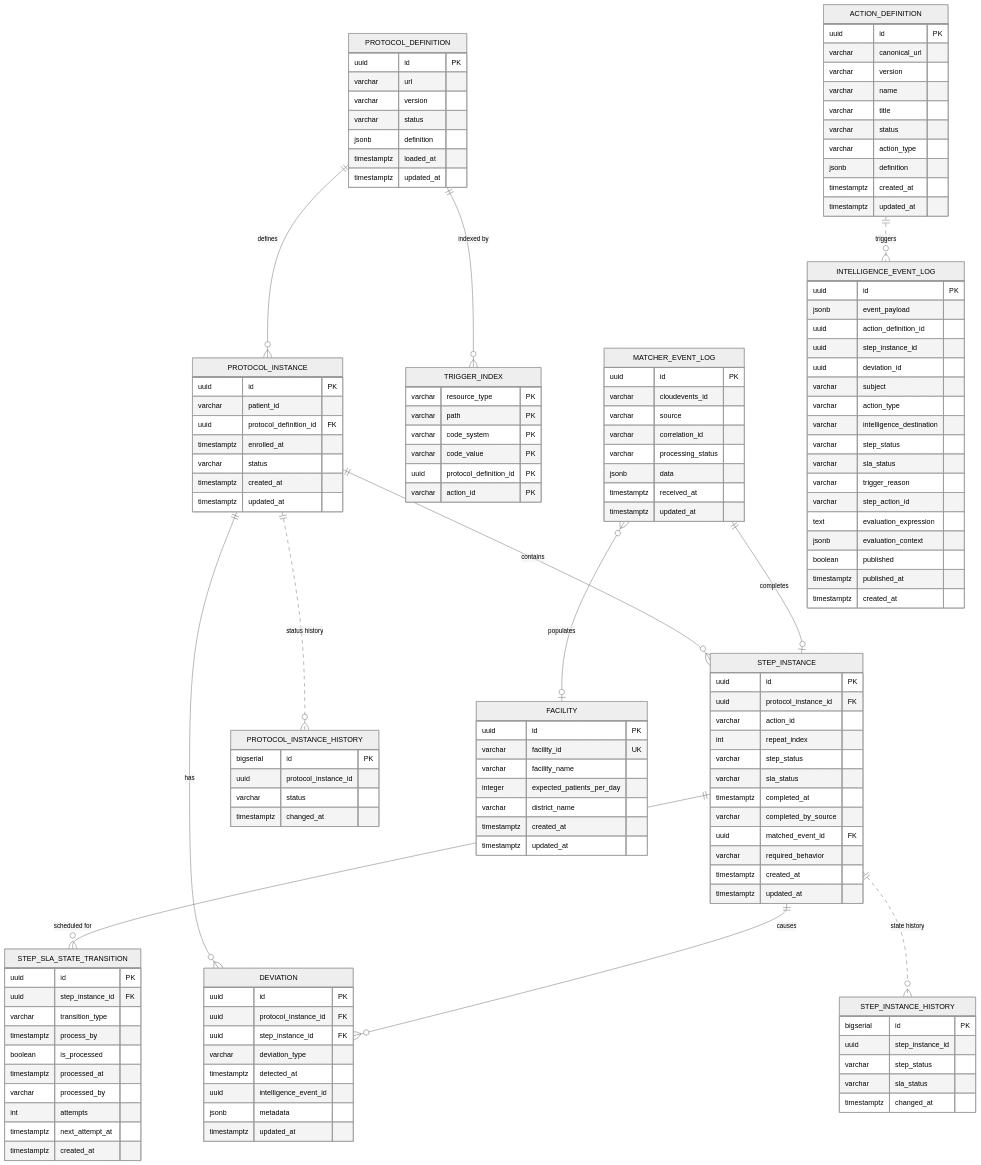
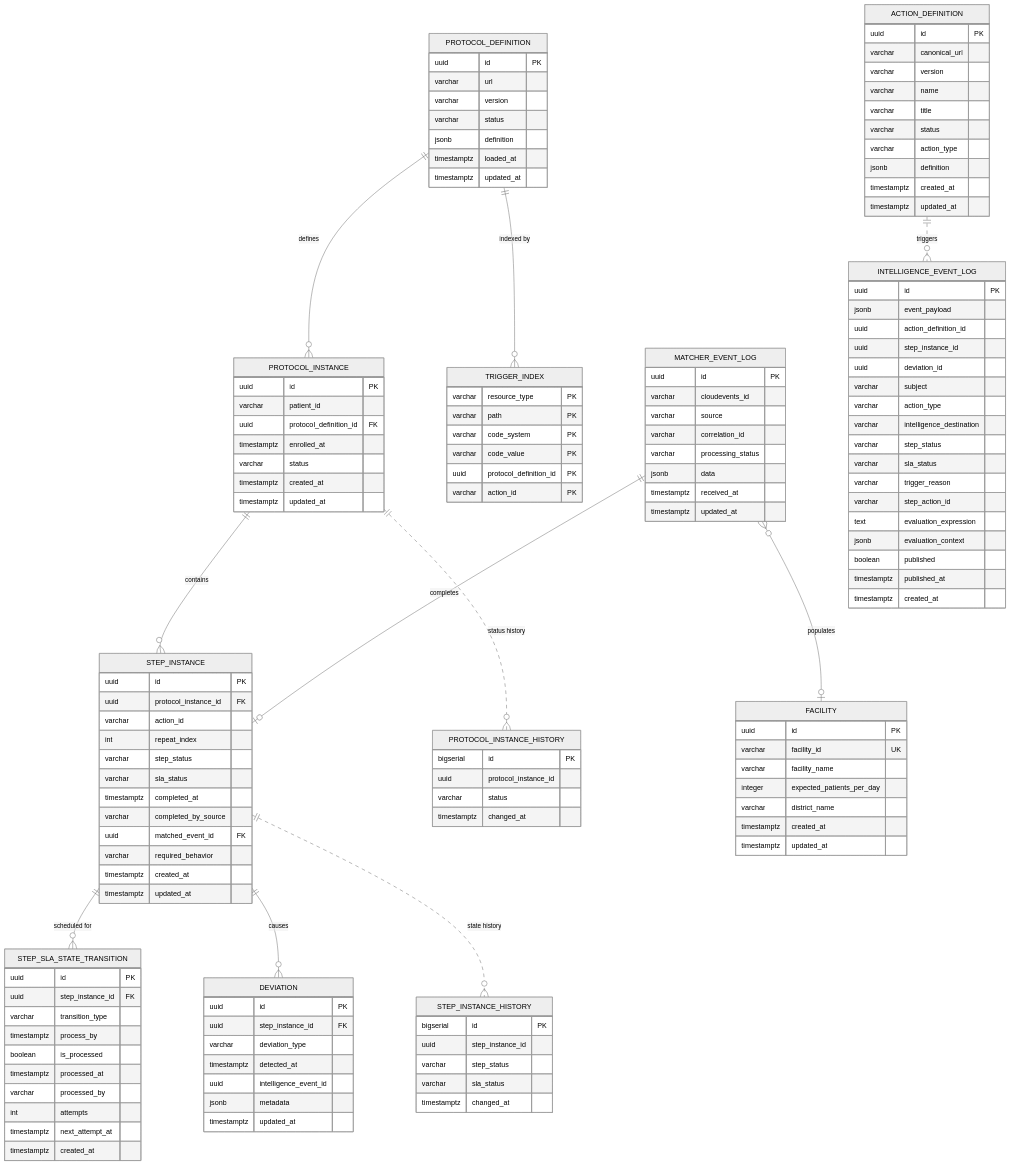
Before and after one commit to Jayaprakash8887/cce-common-util: the diagram in docs/data-dictionary.md, drawn with Mermaid (neutral theme). The commit also changed other lines of this file, not shown here.

```diff
--- a/docs/data-dictionary.md
+++ b/docs/data-dictionary.md
@@ -51,7 +52,6 @@
     PROTOCOL_DEFINITION ||--o{ PROTOCOL_INSTANCE : "defines"
     PROTOCOL_DEFINITION ||--o{ TRIGGER_INDEX : "indexed by"
     PROTOCOL_INSTANCE ||--o{ STEP_INSTANCE : "contains"
-    PROTOCOL_INSTANCE ||--o{ DEVIATION : "has"
     STEP_INSTANCE ||--o{ STEP_SLA_STATE_TRANSITION : "scheduled for"
     STEP_INSTANCE ||--o{ DEVIATION : "causes"
     PROTOCOL_INSTANCE ||..o{ PROTOCOL_INSTANCE_HISTORY : "status history"
@@ -110,7 +110,6 @@
 
     DEVIATION {
         uuid id PK
-        uuid protocol_instance_id FK
         uuid step_instance_id FK
         varchar deviation_type
         timestamptz detected_at
```
